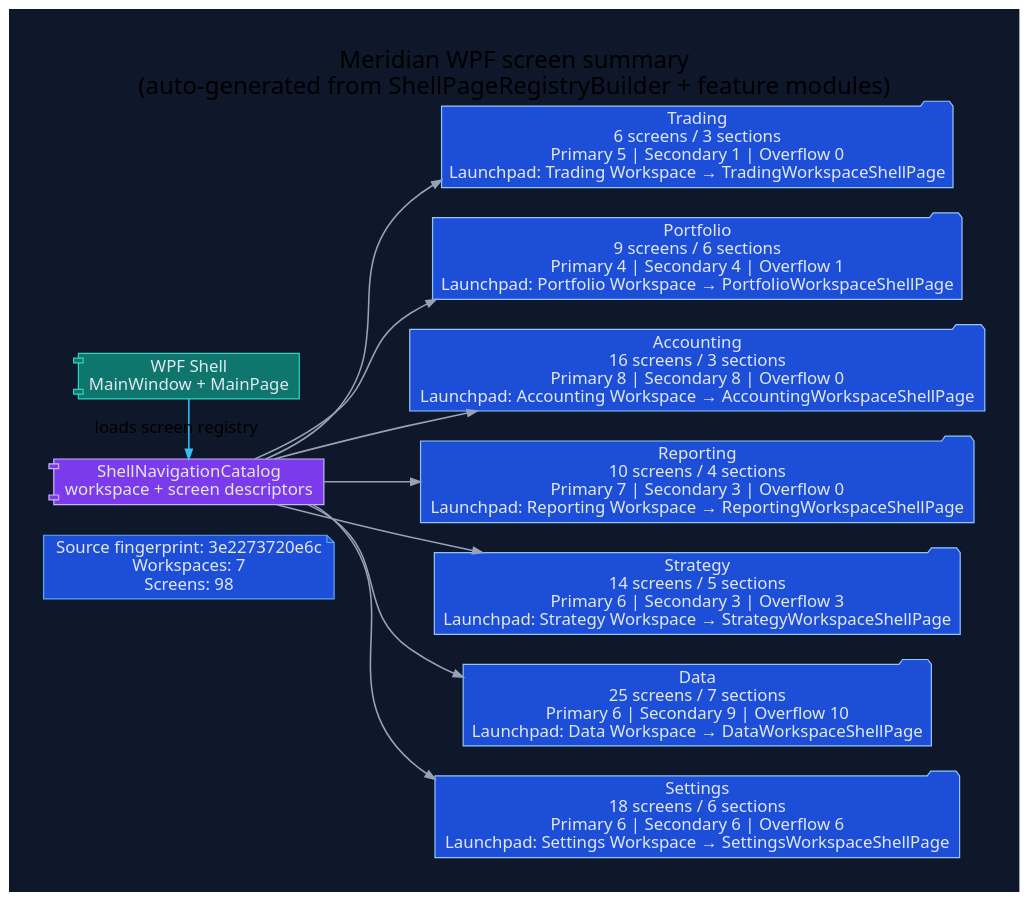
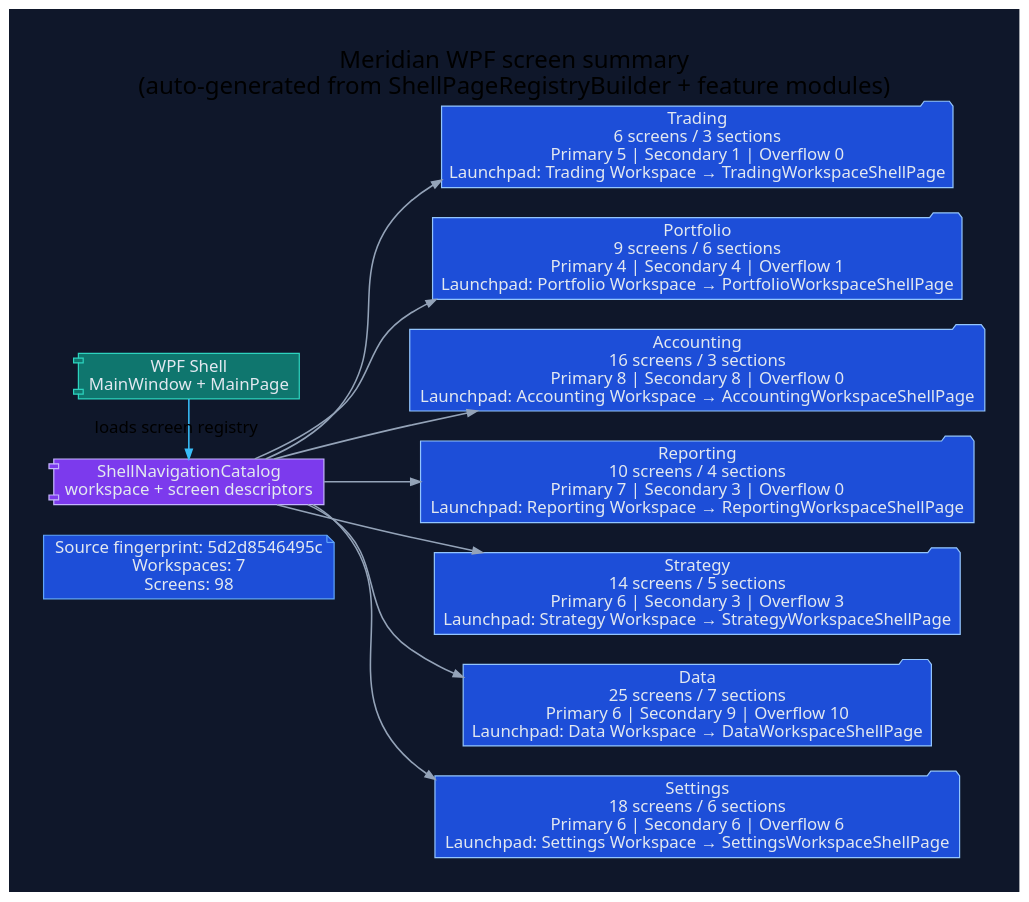
One commit to rodoHasArrived/Meridian-main changed the diagram in docs/diagrams/ui/ui-wpf-screen-summary.dot. Above: the diagram before and after it, drawn with Graphviz. The commit also changed 49 other files, not shown here.

Commit message:
Honor recurring request JSON contracts and refresh generated diagrams

```diff
--- a/docs/diagrams/ui/ui-wpf-screen-summary.dot
+++ b/docs/diagrams/ui/ui-wpf-screen-summary.dot
@@ -1,42 +1,42 @@
 // -----------------------------------------------------------------------------
 // <auto-generated>
 // Generated by scripts/generate-diagrams.mjs.
 // Do not edit this file directly; update the WPF source files instead.
 // -----------------------------------------------------------------------------
 digraph WpfScreenSummary {
   graph [
     rankdir=LR,
     labelloc=t,
     label="Meridian WPF screen summary\n(auto-generated from ShellPageRegistryBuilder + feature modules)",
     fontname="Segoe UI",
     fontsize=20,
     pad=0.4,
     nodesep=0.35,
     ranksep=0.85,
     bgcolor="#0f172a"
   ];
   node [fontname="Segoe UI", shape=box, style="rounded,filled", color="#475569", fontcolor="#e2e8f0", fillcolor="#1e293b"];
   edge [fontname="Segoe UI", color="#94a3b8", penwidth=1.3, arrowsize=0.8];
 
-  generated [shape=note, fillcolor="#1d4ed8", color="#60a5fa", label="Source fingerprint: 3e2273720e6c\nWorkspaces: 7\nScreens: 98"];
+  generated [shape=note, fillcolor="#1d4ed8", color="#60a5fa", label="Source fingerprint: 5d2d8546495c\nWorkspaces: 7\nScreens: 98"];
   shell [shape=component, fillcolor="#0f766e", color="#2dd4bf", label="WPF Shell\nMainWindow + MainPage"];
   catalog [shape=component, fillcolor="#7c3aed", color="#c4b5fd", label="ShellNavigationCatalog\nworkspace + screen descriptors"];
   shell -> catalog [label="loads screen registry", color="#38bdf8"];
 
   workspace_1 [shape=folder, fillcolor="#1d4ed8", color="#93c5fd", label="Trading\n6 screens / 3 sections\nPrimary 5 | Secondary 1 | Overflow 0\nLaunchpad: Trading Workspace → TradingWorkspaceShellPage"];
   catalog -> workspace_1;
   workspace_2 [shape=folder, fillcolor="#1d4ed8", color="#93c5fd", label="Portfolio\n9 screens / 6 sections\nPrimary 4 | Secondary 4 | Overflow 1\nLaunchpad: Portfolio Workspace → PortfolioWorkspaceShellPage"];
   catalog -> workspace_2;
   workspace_3 [shape=folder, fillcolor="#1d4ed8", color="#93c5fd", label="Accounting\n16 screens / 3 sections\nPrimary 8 | Secondary 8 | Overflow 0\nLaunchpad: Accounting Workspace → AccountingWorkspaceShellPage"];
   catalog -> workspace_3;
   workspace_4 [shape=folder, fillcolor="#1d4ed8", color="#93c5fd", label="Reporting\n10 screens / 4 sections\nPrimary 7 | Secondary 3 | Overflow 0\nLaunchpad: Reporting Workspace → ReportingWorkspaceShellPage"];
   catalog -> workspace_4;
   workspace_5 [shape=folder, fillcolor="#1d4ed8", color="#93c5fd", label="Strategy\n14 screens / 5 sections\nPrimary 6 | Secondary 3 | Overflow 3\nLaunchpad: Strategy Workspace → StrategyWorkspaceShellPage"];
   catalog -> workspace_5;
   workspace_6 [shape=folder, fillcolor="#1d4ed8", color="#93c5fd", label="Data\n25 screens / 7 sections\nPrimary 6 | Secondary 9 | Overflow 10\nLaunchpad: Data Workspace → DataWorkspaceShellPage"];
   catalog -> workspace_6;
   workspace_7 [shape=folder, fillcolor="#1d4ed8", color="#93c5fd", label="Settings\n18 screens / 6 sections\nPrimary 6 | Secondary 6 | Overflow 6\nLaunchpad: Settings Workspace → SettingsWorkspaceShellPage"];
   catalog -> workspace_7;
 
   { rank=min; generated; shell; catalog; }
 }
```
